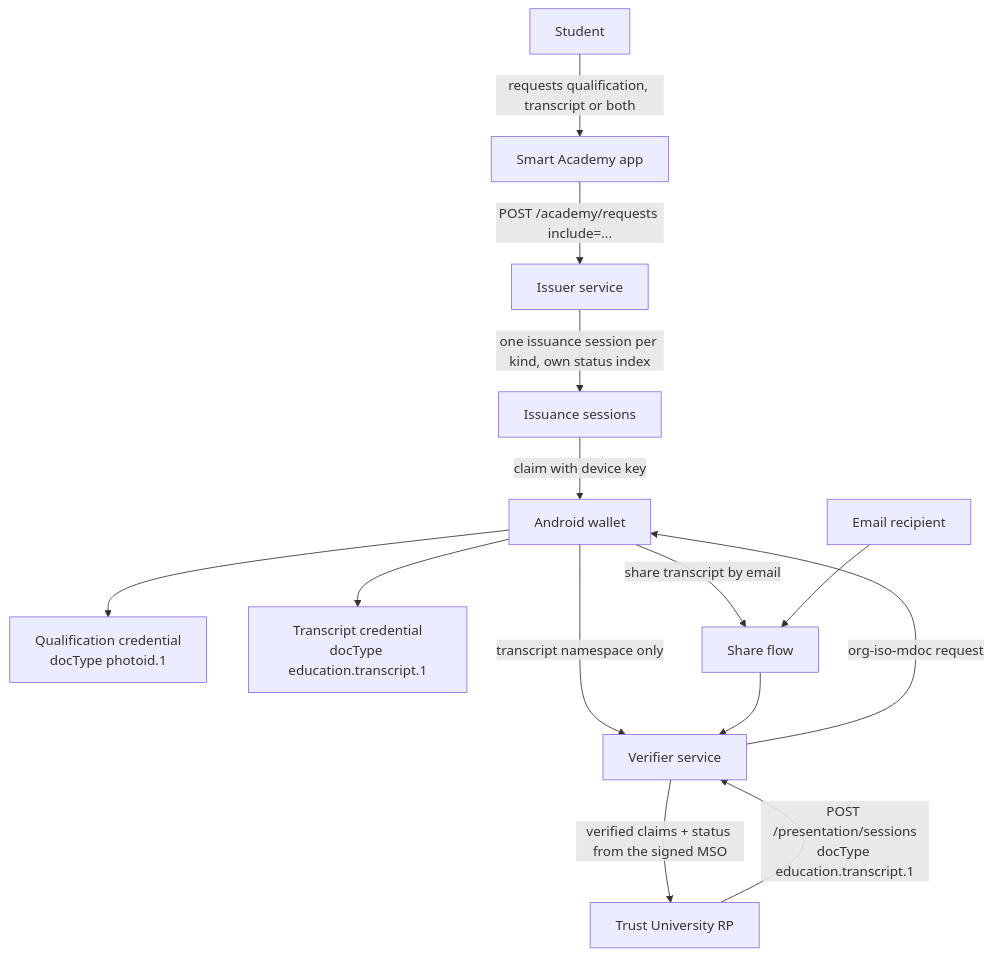
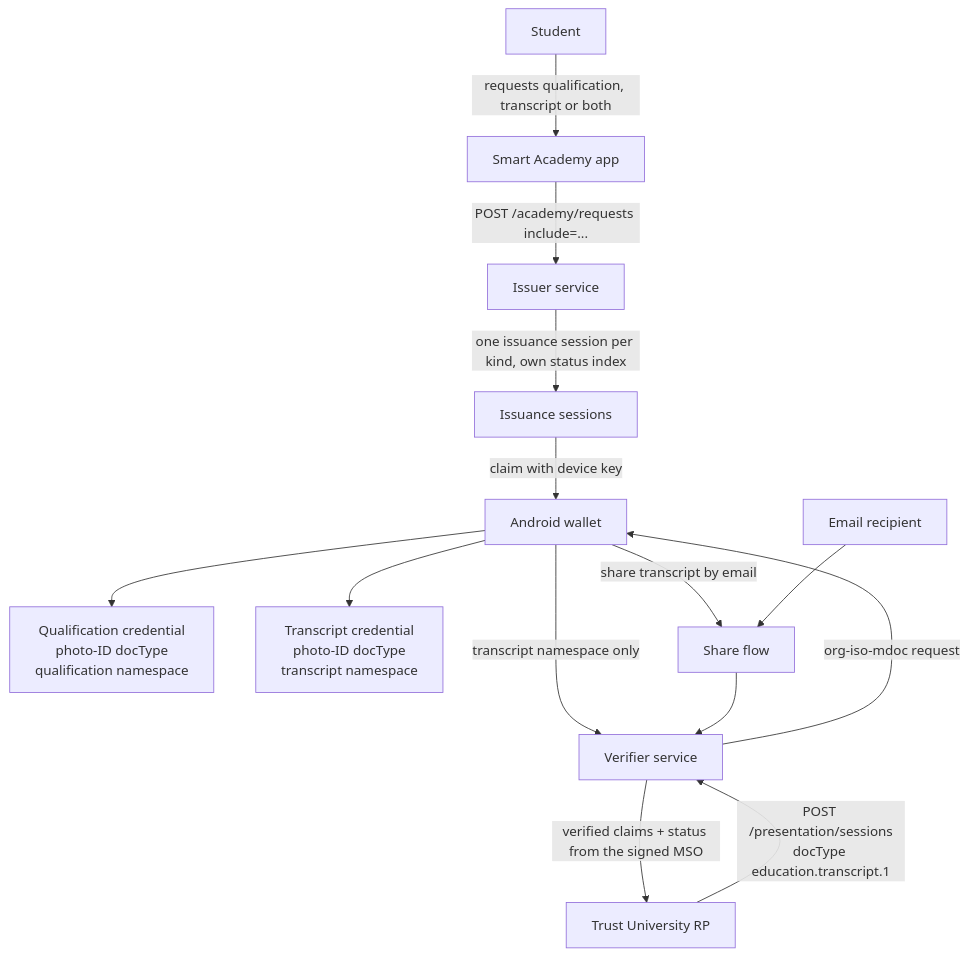
The diagram in docs/architecture/transcript-credential-architecture.md (smelme/transcript), drawn with Mermaid before and after one commit. The commit also changed other lines of this file and 11 other files, not shown here.

First line of the commit message:
refactor(issuer): issue both credential kinds as photo-ID documents

````diff
--- a/docs/architecture/transcript-credential-architecture.md
+++ b/docs/architecture/transcript-credential-architecture.md
@@ -22,18 +22,18 @@
 ```mermaid
 flowchart TD
   Student[Student] -->|requests qualification, transcript or both| Academy[Smart Academy app]
   Academy -->|POST /academy/requests include=...| Issuer[Issuer service]
   Issuer -->|one issuance session per kind, own status index| Sessions[Issuance sessions]
   Sessions -->|claim with device key| Wallet[Android wallet]
-  Wallet --> Qual[Qualification credential<br/>docType photoid.1]
-  Wallet --> Transcript[Transcript credential<br/>docType education.transcript.1]
+  Wallet --> Qual[Qualification credential<br/>photo-ID docType<br/>qualification namespace]
+  Wallet --> Transcript[Transcript credential<br/>photo-ID docType<br/>transcript namespace]
 
   Registrar[Trust University RP] -->|POST /presentation/sessions<br/>docType education.transcript.1| Verifier[Verifier service]
   Verifier -->|org-iso-mdoc request| Wallet
   Wallet -->|transcript namespace only| Verifier
   Verifier -->|verified claims + status from the signed MSO| Registrar
 
   Wallet -->|share transcript by email| Share[Share flow]
   Share --> Verifier
   Recipient[Email recipient] --> Share
 ```
````
